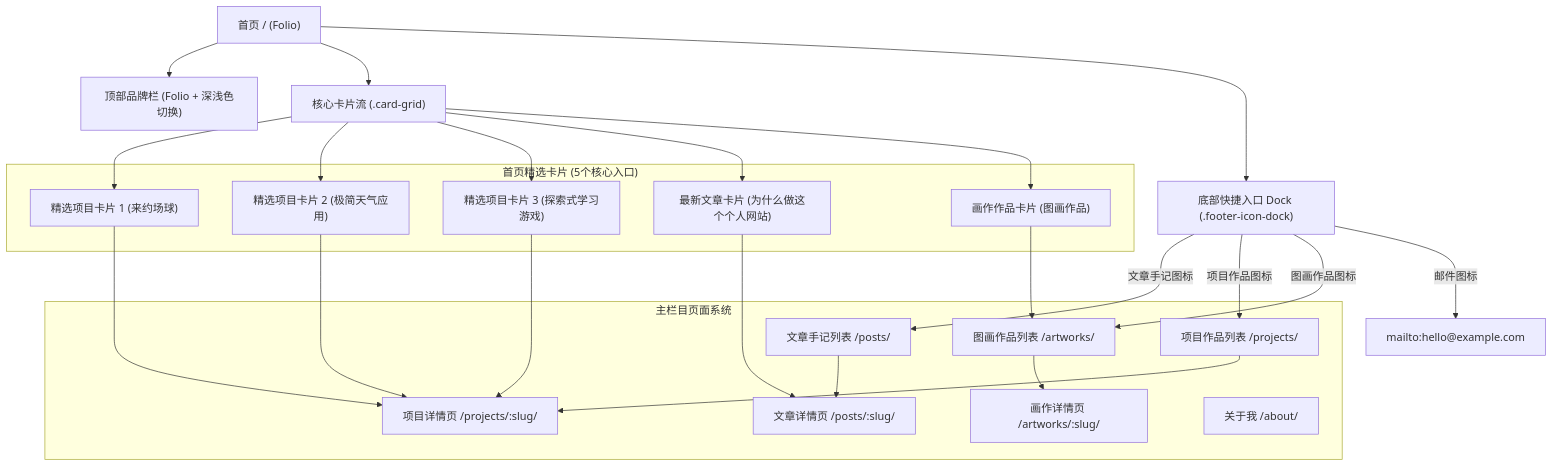
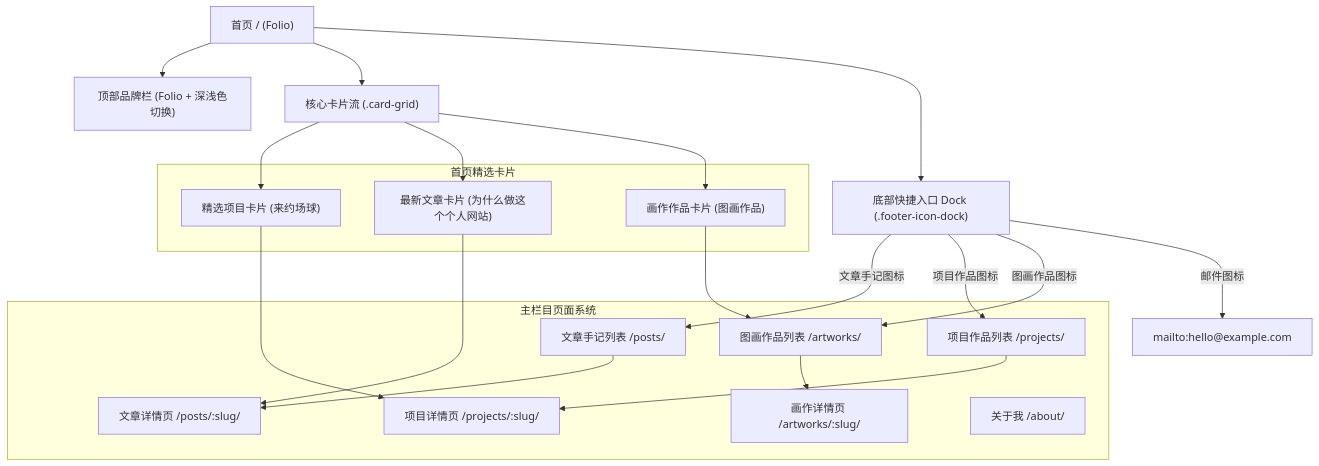
The first of 3 diagrams in 业务逻辑链条.md (illtree/my-site), drawn with Mermaid before and after one commit. The commit also changed 5 other files, not shown here.

````diff
--- a/业务逻辑链条.md
+++ b/业务逻辑链条.md
@@ -9,38 +9,36 @@
 ```mermaid
 flowchart TD
     Home["首页 / (Folio)"] --> Brand["顶部品牌栏 (Folio + 深浅色切换)"]
     Home --> Grid["核心卡片流 (.card-grid)"]
     Home --> Dock["底部快捷入口 Dock (.footer-icon-dock)"]
 
-    subgraph GridCards["首页精选卡片 (5个核心入口)"]
-        C1["精选项目卡片 1 (来约场球)"]
-        C2["精选项目卡片 2 (极简天气应用)"]
-        C3["精选项目卡片 3 (探索式学习游戏)"]
+    subgraph GridCards["首页精选卡片"]
+        C1["精选项目卡片 (来约场球)"]
         C4["最新文章卡片 (为什么做这个个人网站)"]
         C5["画作作品卡片 (图画作品)"]
     end
 
-    Grid --> C1 & C2 & C3 & C4 & C5
+    Grid --> C1 & C4 & C5
 
     subgraph Sections["主栏目页面系统"]
         P_List["文章手记列表 /posts/"]
         P_Detail["文章详情页 /posts/:slug/"]
         Prj_List["项目作品列表 /projects/"]
         Prj_Detail["项目详情页 /projects/:slug/"]
         Art_List["图画作品列表 /artworks/"]
         Art_Detail["画作详情页 /artworks/:slug/"]
         About["关于我 /about/"]
     end
 
-    C1 & C2 & C3 --> Prj_Detail
+    C1 --> Prj_Detail
     C4 --> P_Detail
     C5 --> Art_List
     Dock -->|"文章手记图标"| P_List
     Dock -->|"项目作品图标"| Prj_List
     Dock -->|"图画作品图标"| Art_List
     Dock -->|"邮件图标"| Mail["mailto:hello@example.com"]
 
     P_List --> P_Detail
     Prj_List --> Prj_Detail
     Art_List --> Art_Detail
 ```
````
